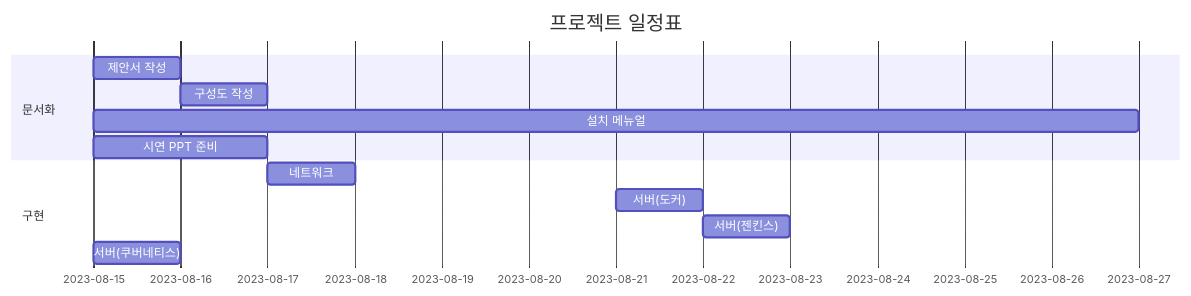
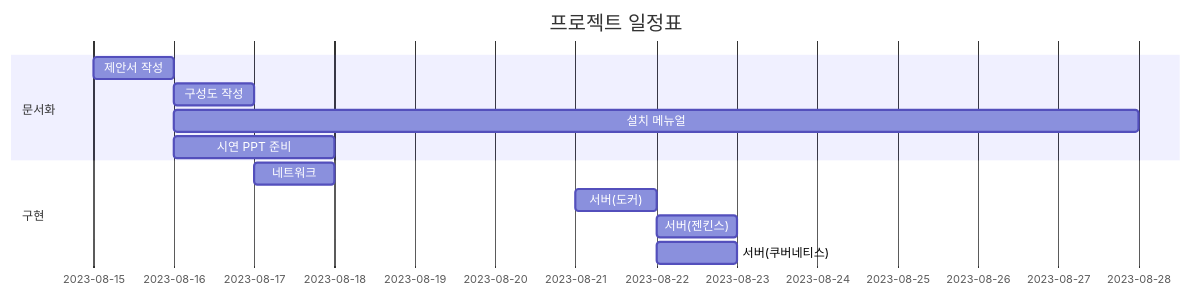
One commit to KimJeongHoon190/First_Project changed the diagram in README.md. Above: the diagram before and after it, drawn with Mermaid.

````diff
--- a/README.md
+++ b/README.md
@@ -4,16 +4,16 @@
 ```mermaid
 gantt
     title 프로젝트 일정표
     dateFormat  YYYY-MM-DD
     section 문서화
     제안서 작성  : a1, 2023-08-15, 1d
     구성도 작성  : after a1, 1d
-    설치 메뉴얼 : after a2, 12d
-    시연 PPT 준비 : after a3, 2d
+    설치 메뉴얼 : after a1, 12d
+    시연 PPT 준비 : after a1, 2d
 
     section 구현
     네트워크     : b1, 2023-08-17, 1d
     서버(도커) : b2, 2023-08-21, 1d
     서버(젠킨스) :after b2 , 1d
-    서버(쿠버네티스) : after b3, 1d
+    서버(쿠버네티스) : after b2, 1d
 ```
````
